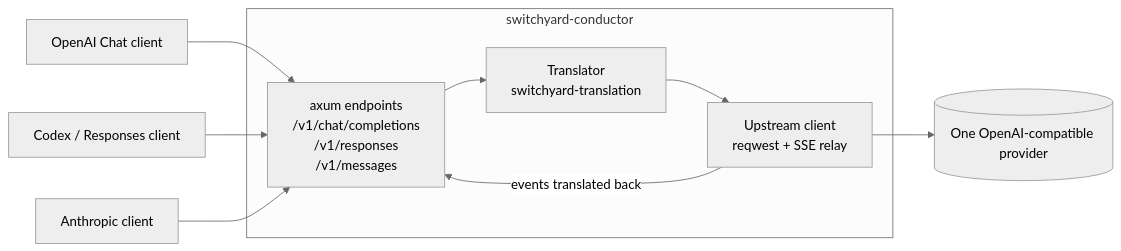
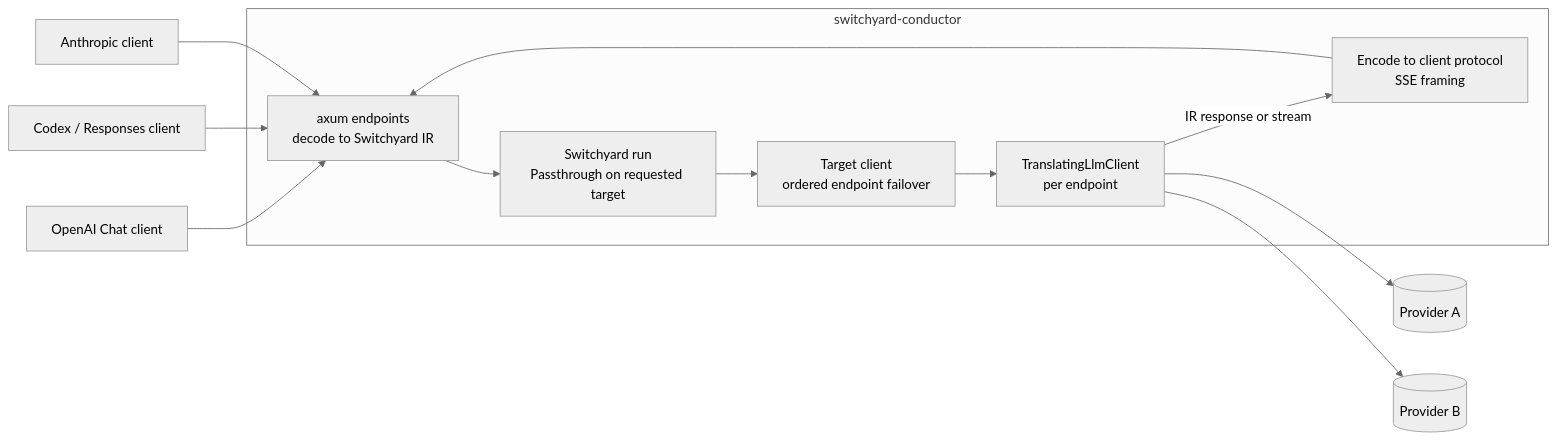
Before and after one commit to gschaetz/humpyard: the first of 2 diagrams in docs/architecture.md, drawn with Mermaid (neutral theme). The commit also changed other lines of this file and 12 other files, not shown here.

Commit message:
Dispatch on Switchyard run + TranslatingLlmClient; provider pool with endpoint failover

````diff
--- a/docs/architecture.md
+++ b/docs/architecture.md
@@ -25,14 +25,15 @@
 ```mermaid
 flowchart LR
     C1[OpenAI Chat client] --> API
     C2[Codex / Responses client] --> API
     C3[Anthropic client] --> API
     subgraph GW[switchyard-conductor]
-        API[axum endpoints<br/>/v1/chat/completions<br/>/v1/responses<br/>/v1/messages]
-        TR[Translator<br/>switchyard-translation]
-        UP[Upstream client<br/>reqwest + SSE relay]
-        API --> TR --> UP
-        UP -->|events translated back| API
+        API[axum endpoints<br/>decode to Switchyard IR] --> RUN[Switchyard run<br/>Passthrough on requested target]
+        RUN --> TC[Target client<br/>ordered endpoint failover]
+        TC --> EC[TranslatingLlmClient<br/>per endpoint]
+        EC -->|IR response or stream| ENC[Encode to client protocol<br/>SSE framing]
+        ENC --> API
     end
-    UP --> P[(One OpenAI-compatible provider)]
+    EC --> P1[(Provider A)]
+    EC --> P2[(Provider B)]
 ```
````
